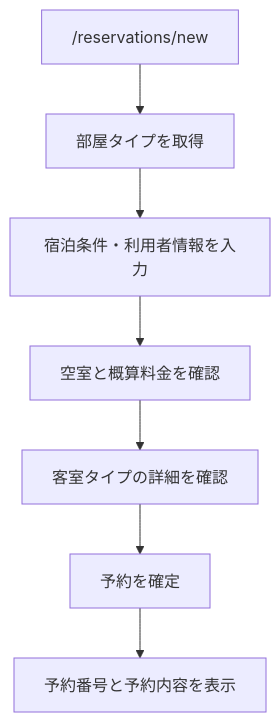
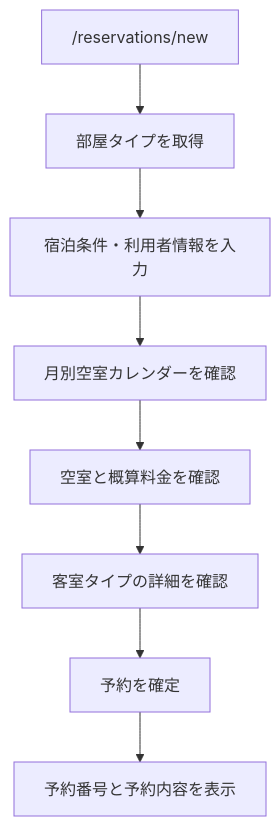
The first of 5 diagrams in docs/design/ui-routing-design.md (97kuek/HRS), drawn with Mermaid before and after one commit. The commit also changed other lines of this file and 21 other files, not shown here.

````diff
--- a/docs/design/ui-routing-design.md
+++ b/docs/design/ui-routing-design.md
@@ -78,12 +78,13 @@
 ```mermaid
 flowchart TD
     start["/reservations/new"]
     roomTypes["部屋タイプを取得"]
     input["宿泊条件・利用者情報を入力"]
+    calendar["月別空室カレンダーを確認"]
     availability["空室と概算料金を確認"]
     roomDetail["客室タイプの詳細を確認"]
     submit["予約を確定"]
     result["予約番号と予約内容を表示"]
 
-    start --> roomTypes --> input --> availability --> roomDetail --> submit --> result
+    start --> roomTypes --> input --> calendar --> availability --> roomDetail --> submit --> result
 ```
````
